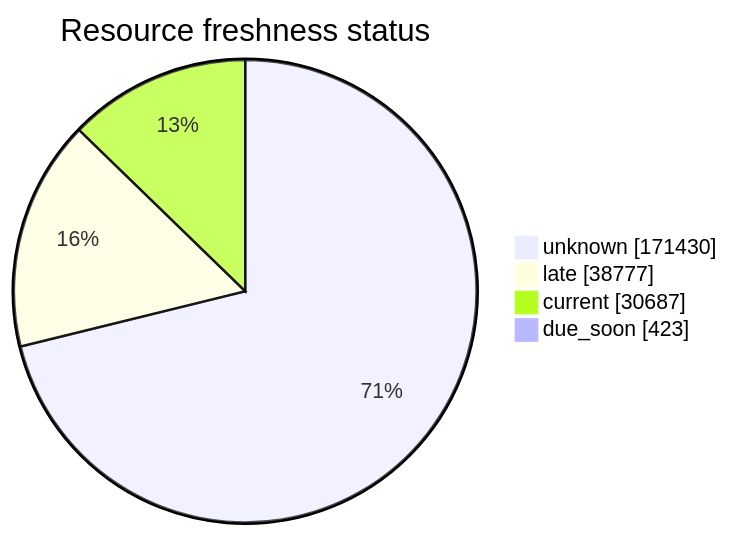
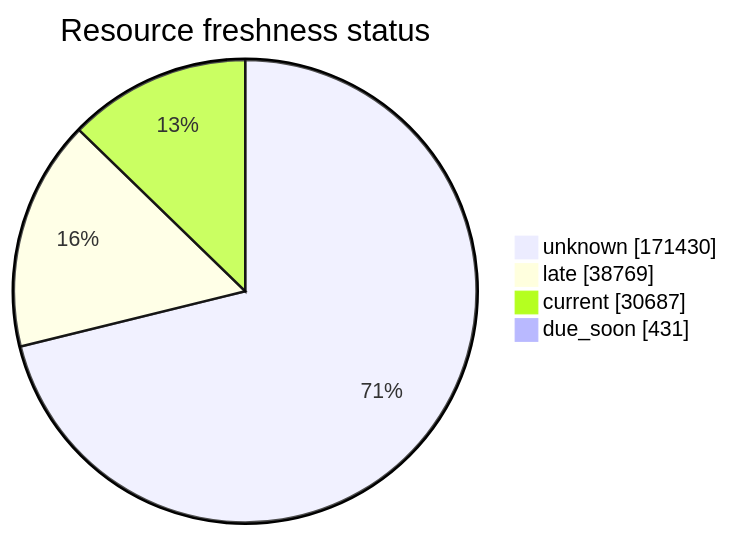
The third of 5 diagrams in FreshCheck/README.md (open-data/analytics-corporate-reporting), drawn with Mermaid before and after one commit. The commit also changed other lines of this file and 3 other files, not shown here.

````diff
--- a/FreshCheck/README.md
+++ b/FreshCheck/README.md
@@ -77,7 +77,7 @@
 ```mermaid
 pie showData title Resource freshness status
     "unknown": 171430
-    "late": 38777
+    "late": 38769
     "current": 30687
-    "due_soon": 423
+    "due_soon": 431
 ```
````
